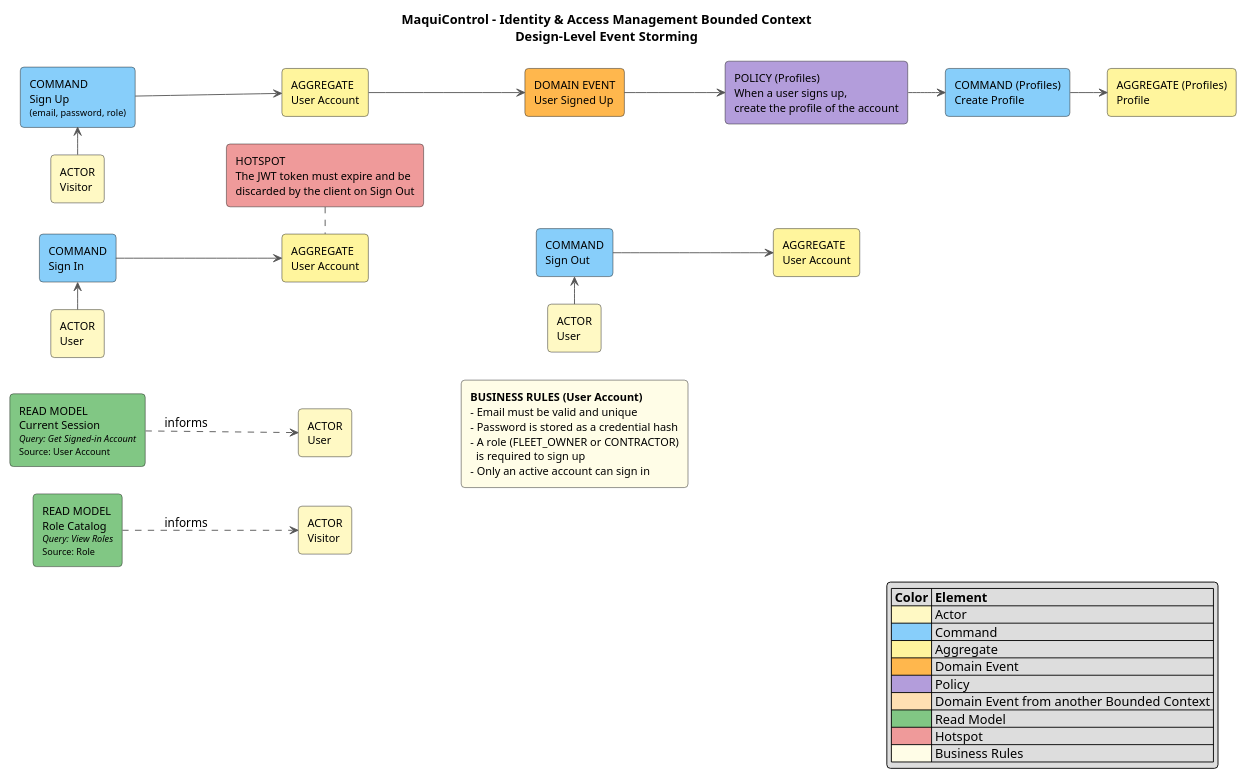
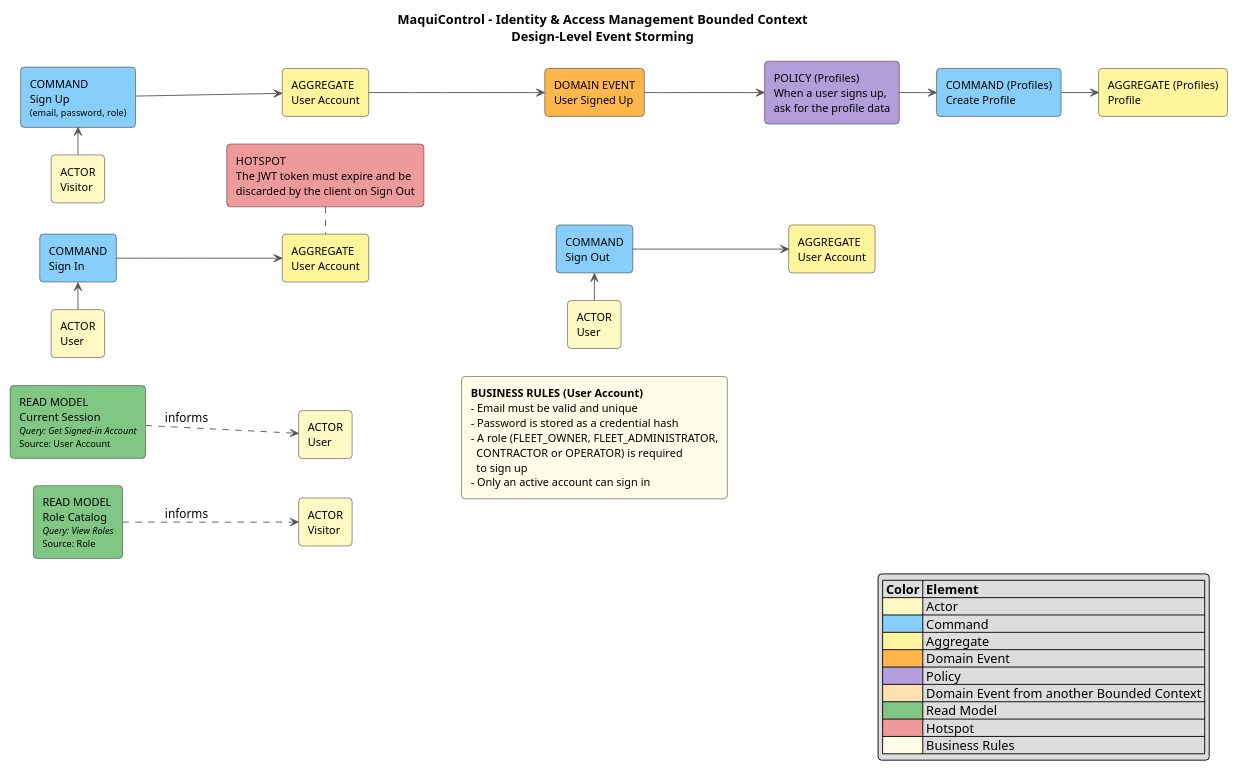
One commit to upc-pre-202620-1asi0729-7750-heavytech/maquicontrol-report changed the diagram in docs/architecture/event-storming/identity-access-management-design-level.puml. Above: the diagram before and after it, drawn with PlantUML. The commit also changed 5 other files, not shown here.

Commit message:
docs(event-storming): add cancel maintenance and align profile creation and sign-up roles with the backend

```diff
--- a/docs/architecture/event-storming/identity-access-management-design-level.puml
+++ b/docs/architecture/event-storming/identity-access-management-design-level.puml
@@ -1,67 +1,67 @@
 @startuml
 title MaquiControl - Identity & Access Management Bounded Context\nDesign-Level Event Storming
 
 left to right direction
 skinparam shadowing false
 skinparam roundcorner 8
 skinparam defaultFontName Arial
 skinparam rectangleFontSize 12
 skinparam ArrowColor #555555
 skinparam noteBorderColor #BDB76B
 skinparam nodesep 30
 skinparam ranksep 40
 
 rectangle "COMMAND\nSign Up\n<size:10>(email, password, role)</size>" as CMD_1 #87CEFA
 rectangle "ACTOR\nVisitor" as ACT_2 #FFF9C4
 ACT_2 -left-> CMD_1
 rectangle "AGGREGATE\nUser Account" as AGG_3 #FFF59D
 CMD_1 --> AGG_3
 rectangle "DOMAIN EVENT\nUser Signed Up" as EVT_4 #FFB74D
 AGG_3 --> EVT_4
-rectangle "POLICY (Profiles)\nWhen a user signs up,\ncreate the profile of the account" as POL_5 #B39DDB
+rectangle "POLICY (Profiles)\nWhen a user signs up,\nask for the profile data" as POL_5 #B39DDB
 EVT_4 --> POL_5
 rectangle "COMMAND (Profiles)\nCreate Profile" as CMD_6 #87CEFA
 POL_5 --> CMD_6
 rectangle "AGGREGATE (Profiles)\nProfile" as AGG_7 #FFF59D
 CMD_6 --> AGG_7
 rectangle "COMMAND\nSign In" as CMD_8 #87CEFA
 rectangle "ACTOR\nUser" as ACT_9 #FFF9C4
 ACT_9 -left-> CMD_8
 rectangle "AGGREGATE\nUser Account" as AGG_10 #FFF59D
 CMD_8 --> AGG_10
 rectangle "HOTSPOT\nThe JWT token must expire and be\ndiscarded by the client on Sign Out" as HOT_11 #EF9A9A
 HOT_11 .right. AGG_10
 rectangle "COMMAND\nSign Out" as CMD_12 #87CEFA
 rectangle "ACTOR\nUser" as ACT_13 #FFF9C4
 ACT_13 -left-> CMD_12
 rectangle "AGGREGATE\nUser Account" as AGG_14 #FFF59D
 CMD_12 --> AGG_14
 AGG_10 -[hidden]-> CMD_12
-rectangle "<b>BUSINESS RULES (User Account)</b>\n- Email must be valid and unique\n- Password is stored as a credential hash\n- A role (FLEET_OWNER or CONTRACTOR)\n  is required to sign up\n- Only an active account can sign in" as BR_15 #FFFDE7
+rectangle "<b>BUSINESS RULES (User Account)</b>\n- Email must be valid and unique\n- Password is stored as a credential hash\n- A role (FLEET_OWNER, FLEET_ADMINISTRATOR,\n  CONTRACTOR or OPERATOR) is required\n  to sign up\n- Only an active account can sign in" as BR_15 #FFFDE7
 rectangle "READ MODEL\nCurrent Session\n<size:10><i>Query: Get Signed-in Account</i></size>\n<size:10>Source: User Account</size>" as RM_16 #81C784
 rectangle "ACTOR\nUser" as ACT_17 #FFF9C4
 RM_16 ..> ACT_17 : informs
 rectangle "READ MODEL\nRole Catalog\n<size:10><i>Query: View Roles</i></size>\n<size:10>Source: Role</size>" as RM_18 #81C784
 rectangle "ACTOR\nVisitor" as ACT_19 #FFF9C4
 RM_18 ..> ACT_19 : informs
 
 ' Flows are stacked from top to bottom; each one reads left to right
 CMD_8 -[hidden]left-> CMD_1
 RM_16 -[hidden]left-> CMD_8
 RM_18 -[hidden]left-> RM_16
 ACT_17 -[hidden]-> BR_15
 
 legend right
 |= Color |= Element |
 |<#FFF9C4>| Actor |
 |<#87CEFA>| Command |
 |<#FFF59D>| Aggregate |
 |<#FFB74D>| Domain Event |
 |<#B39DDB>| Policy |
 |<#FFE0B2>| Domain Event from another Bounded Context |
 |<#81C784>| Read Model |
 |<#EF9A9A>| Hotspot |
 |<#FFFDE7>| Business Rules |
 endlegend
 
 @enduml
```
